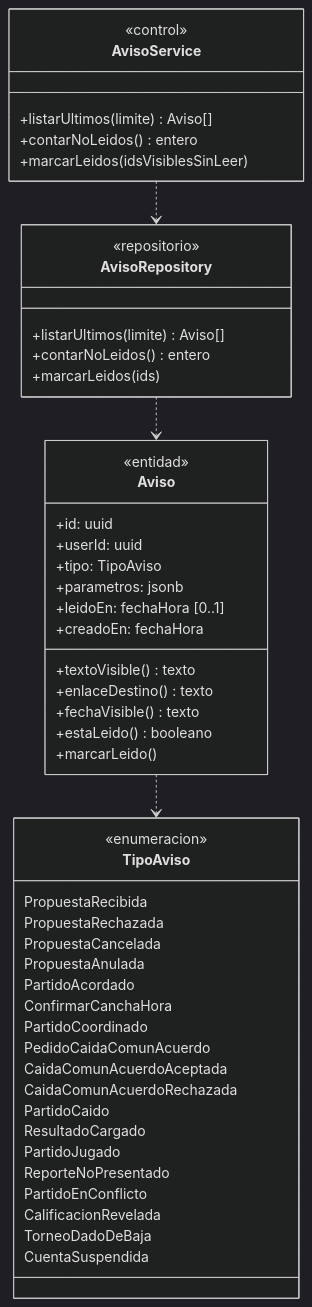
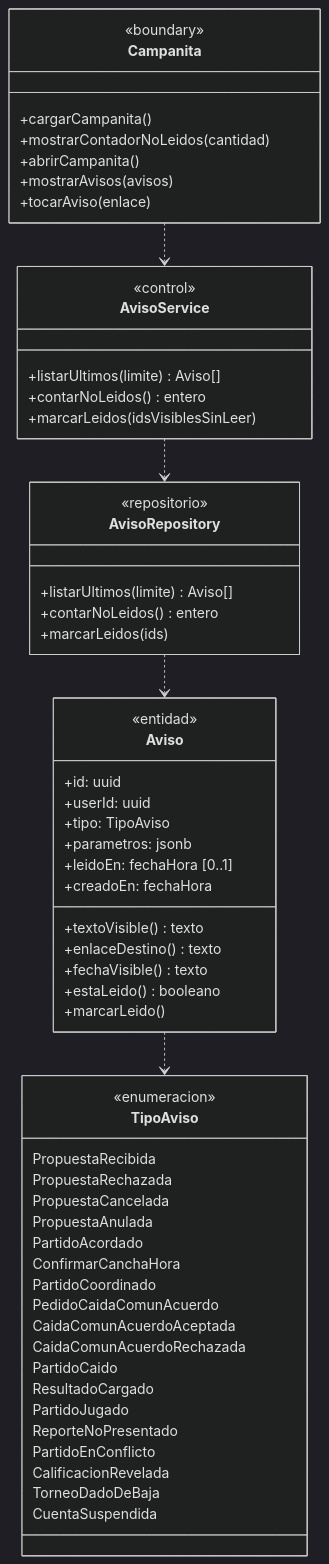
The seventh of 7 diagrams in docs/diagramas-de-clase/cuenta-y-acceso.md (nicqletal/torneos-scraper), drawn with Mermaid (dark theme) before and after one commit. The commit also changed other lines of this file and 12 other files, not shown here.

First line of the commit message:
docs(diagramas-de-clase): alinear métodos con secuencias, unificar capas y limpiar etiquetas en flechas

````diff
--- a/docs/diagramas-de-clase/cuenta-y-acceso.md
+++ b/docs/diagramas-de-clase/cuenta-y-acceso.md
@@ -425,53 +425,62 @@
 ```mermaid
 classDiagram
+class Campanita {
+  <<boundary>>
+  +cargarCampanita()
+  +mostrarContadorNoLeidos(cantidad)
+  +abrirCampanita()
+  +mostrarAvisos(avisos)
+  +tocarAviso(enlace)
+}
 class AvisoService {
   <<control>>
   +listarUltimos(limite) Aviso[]
   +contarNoLeidos() entero
   +marcarLeidos(idsVisiblesSinLeer)
 }
 class AvisoRepository {
   <<repositorio>>
   +listarUltimos(limite) Aviso[]
   +contarNoLeidos() entero
   +marcarLeidos(ids)
 }
 class Aviso {
   <<entidad>>
   +id: uuid
   +userId: uuid
   +tipo: TipoAviso
   +parametros: jsonb
   +leidoEn: fechaHora [0..1]
   +creadoEn: fechaHora
   +textoVisible() texto
   +enlaceDestino() texto
   +fechaVisible() texto
   +estaLeido() booleano
   +marcarLeido()
 }
 class TipoAviso {
   <<enumeracion>>
   PropuestaRecibida
   PropuestaRechazada
   PropuestaCancelada
   PropuestaAnulada
   PartidoAcordado
   ConfirmarCanchaHora
   PartidoCoordinado
   PedidoCaidaComunAcuerdo
   CaidaComunAcuerdoAceptada
   CaidaComunAcuerdoRechazada
   PartidoCaido
   ResultadoCargado
   PartidoJugado
   ReporteNoPresentado
   PartidoEnConflicto
   CalificacionRevelada
   TorneoDadoDeBaja
   CuentaSuspendida
 }
+Campanita ..> AvisoService
 AvisoService ..> AvisoRepository
 AvisoRepository ..> Aviso
 Aviso ..> TipoAviso
 ```
````
